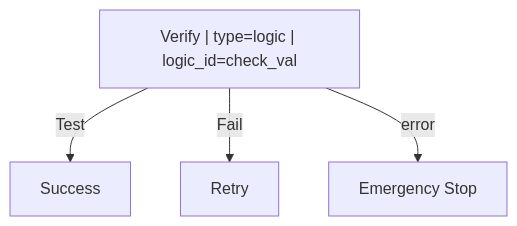
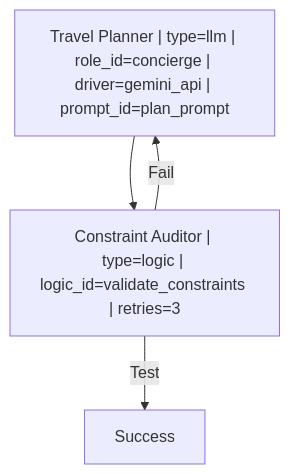
One commit to APAF-bioinformatics/HydraR changed the third of 4 diagrams in notes/mermaid_orchestration_cheatsheet.md. Above: the diagram before and after it, drawn with Mermaid. The commit also changed other lines of this file and 529 other files, not shown here.

````diff
--- a/notes/mermaid_orchestration_cheatsheet.md
+++ b/notes/mermaid_orchestration_cheatsheet.md
@@ -115,7 +97,9 @@
 ```mermaid
 graph TD
-  Check["Verify | type=logic | logic_id=check_val"]
-  Check -- "Test" --> Success
-  Check -- "Fail" --> Retry
-  Check -- "error" --> Halt["Emergency Stop"]
+    Planner["Travel Planner | type=llm | role_id=concierge | driver=gemini_api | prompt_id=plan_prompt"]
+    Validator["Constraint Auditor | type=logic | logic_id=validate_constraints | retries=3"]
+    
+    Planner --> Validator
+    Validator -- "Fail" --> Planner
+    Validator -- "Test" --> Success
 ```
````
